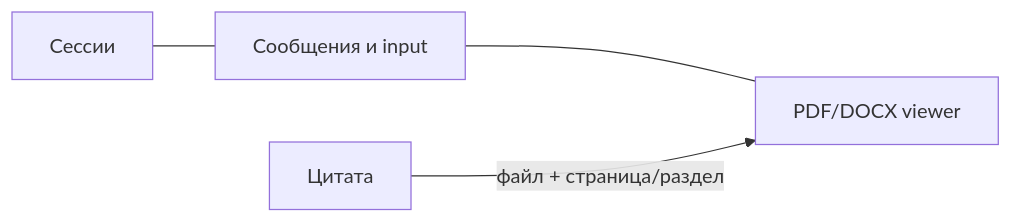
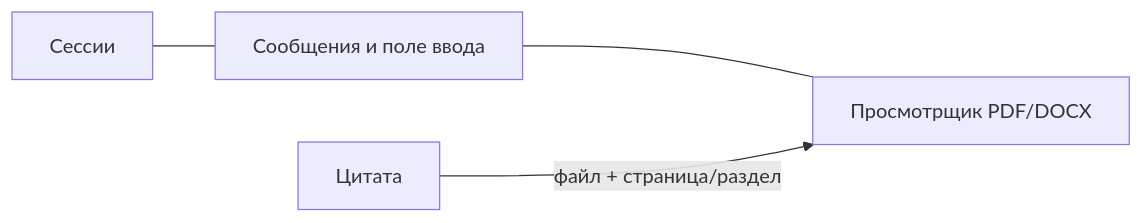
The diagram in docs/product/frontend.md (vladweat/docwise), drawn with Mermaid before and after one commit. The commit also changed other lines of this file and 51 other files, not shown here.

````diff
--- a/docs/product/frontend.md
+++ b/docs/product/frontend.md
@@ -21,6 +21,6 @@
 ```mermaid
 flowchart LR
-  Sessions[Сессии] --- Chat[Сообщения и input]
-  Chat --- PDF[PDF/DOCX viewer]
+  Sessions[Сессии] --- Chat[Сообщения и поле ввода]
+  Chat --- PDF[Просмотрщик PDF/DOCX]
   Citation[Цитата] -->|файл + страница/раздел| PDF
 ```
````
